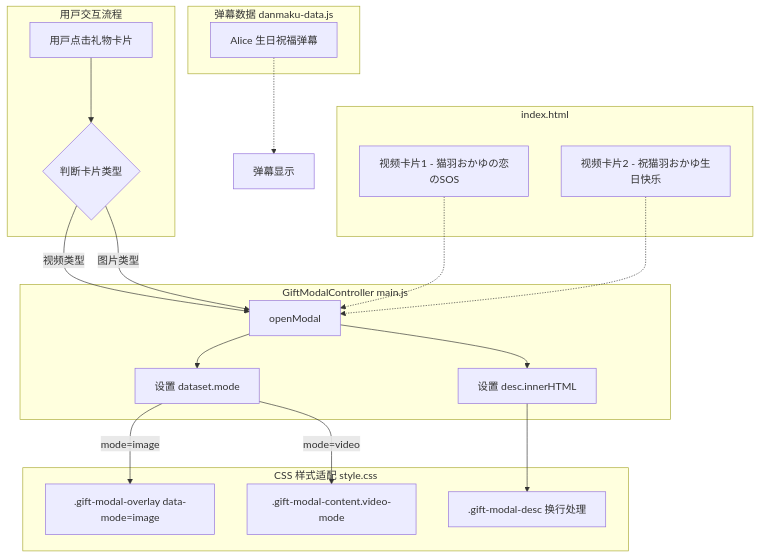
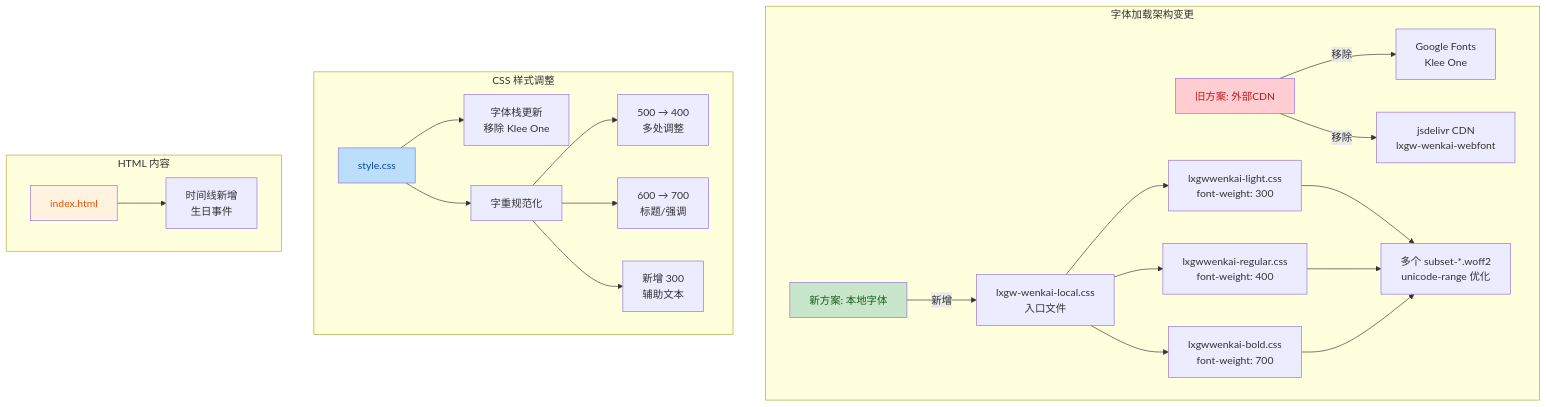
Before and after one commit to SunsetShimmer381/okayu-birthday-site: the diagram in TL;DR.MD, drawn with Mermaid. The commit also changed other lines of this file and 589 other files, not shown here.

First line of the commit message:
chore: add batch of subset font files and timeline image

````diff
--- a/TL;DR.MD
+++ b/TL;DR.MD
@@ -14,38 +14,33 @@
 ```mermaid
 graph TD
-    subgraph "用户交互流程"
-        A[用户点击礼物卡片] --> B{判断卡片类型}
+    subgraph "字体加载架构变更"
+        A["旧方案: 外部CDN"] -->|移除| B["Google Fonts<br/>Klee One"]
+        A -->|移除| C["jsdelivr CDN<br/>lxgw-wenkai-webfont"]
+        
+        D["新方案: 本地字体"] -->|新增| E["lxgw-wenkai-local.css<br/>入口文件"]
+        E --> F["lxgwwenkai-light.css<br/>font-weight: 300"]
+        E --> G["lxgwwenkai-regular.css<br/>font-weight: 400"]
+        E --> H["lxgwwenkai-bold.css<br/>font-weight: 700"]
+        
+        F --> I["多个 subset-*.woff2<br/>unicode-range 优化"]
+        G --> I
+        H --> I
     end
     
-    subgraph "index.html"
-        C[视频卡片1 - 猫羽おかゆの恋のSOS]
-        D[视频卡片2 - 祝猫羽おかゆ生日快乐]
+    subgraph "CSS 样式调整"
+        J["style.css"] --> K["字体栈更新<br/>移除 Klee One"]
+        J --> L["字重规范化"]
+        L --> M["500 → 400<br/>多处调整"]
+        L --> N["600 → 700<br/>标题/强调"]
+        L --> O["新增 300<br/>辅助文本"]
     end
     
-    subgraph "GiftModalController main.js"
-        E[openModal]
-        F[设置 dataset.mode]
-        G[设置 desc.innerHTML]
+    subgraph "HTML 内容"
+        P["index.html"] --> Q["时间线新增<br/>生日事件"]
     end
     
-    subgraph "CSS 样式适配 style.css"
-        H[.gift-modal-overlay data-mode=image]
-        I[.gift-modal-content.video-mode]
-        J[.gift-modal-desc 换行处理]
-    end
-    
-    subgraph "弹幕数据 danmaku-data.js"
-        K[Alice 生日祝福弹幕]
-    end
-    
-    B -->|视频类型| E
-    B -->|图片类型| E
-    E --> F
-    F -->|mode=video| I
-    F -->|mode=image| H
-    E --> G
-    G --> J
-    C -.-> E
-    D -.-> E
-    K -.-> 弹幕显示
+    style A fill:#ffcdd2,color:#b71c1c
+    style D fill:#c8e6c9,color:#1a5e20
+    style J fill:#bbdefb,color:#0d47a1
+    style P fill:#fff3e0,color:#e65100
 ```
````
